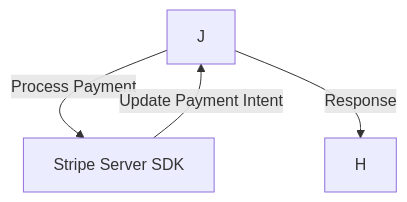
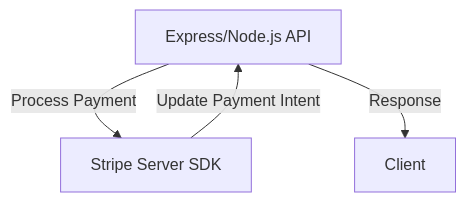
One commit to CoreyWarren/coldcmerch.com changed the fifth of 5 diagrams in readme.md. Above: the diagram before and after it, drawn with Mermaid.

````diff
--- a/readme.md
+++ b/readme.md
@@ -66,6 +66,6 @@
 ```mermaid
 graph TD
-    J -->|Process Payment| M[Stripe Server SDK]
+    J[Express/Node.js API] -->|Process Payment| M[Stripe Server SDK]
     M -->|Update Payment Intent| J
-    J -->|Response| H
+    J -->|Response| H[Client]
 ```
````
